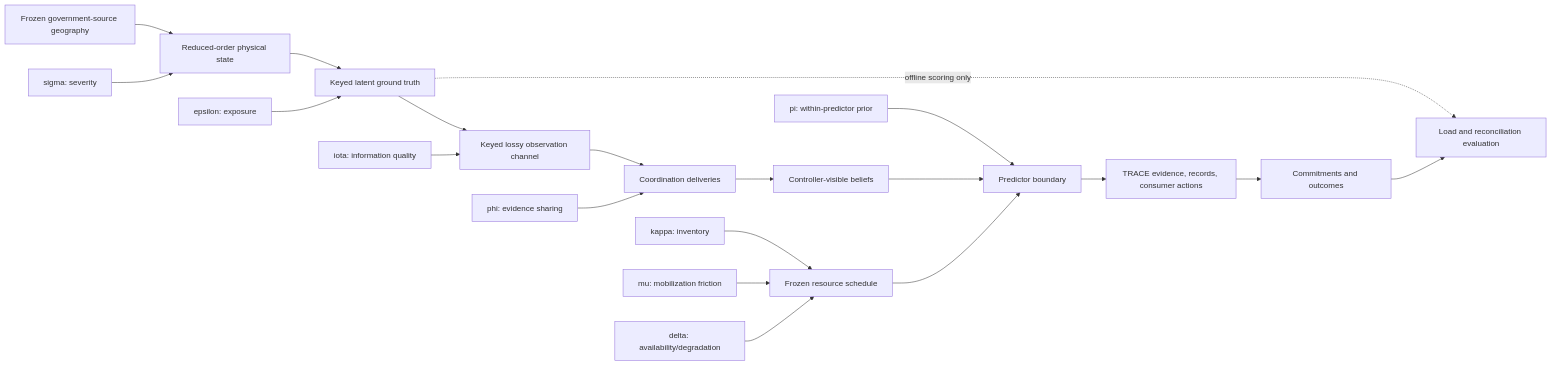
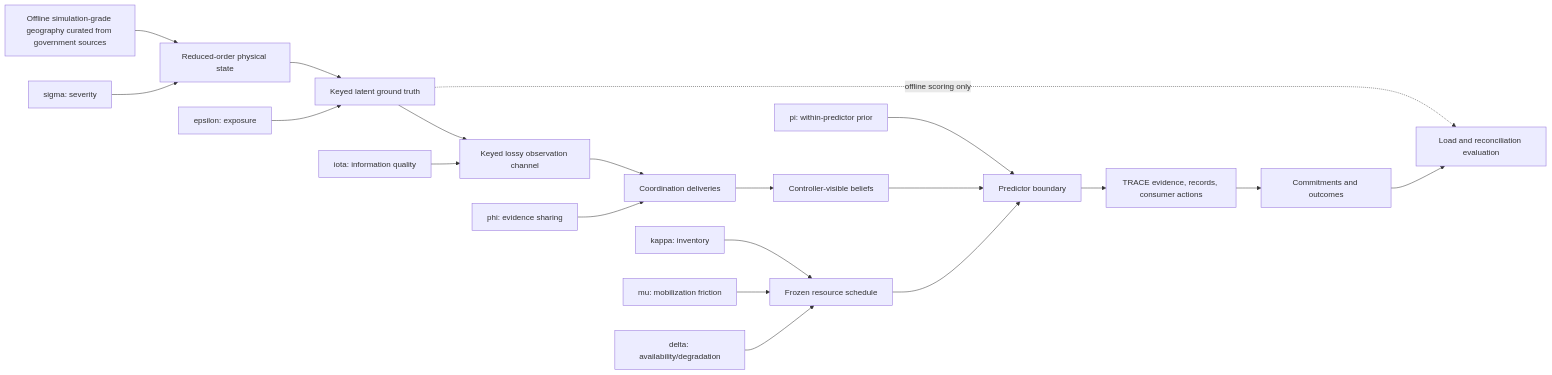
One commit to eyuchang/trace-worldmodel-flood-sar changed the diagram in docs/delta/WF_DFLD_01_SMALL.md. Above: the diagram before and after it, drawn with Mermaid. The commit also changed other lines of this file and 6 other files, not shown here.

````diff
--- a/docs/delta/WF_DFLD_01_SMALL.md
+++ b/docs/delta/WF_DFLD_01_SMALL.md
@@ -47,22 +48,22 @@
 ```mermaid
 flowchart LR
-    G["Frozen government-source geography"] --> P["Reduced-order physical state"]
+    G["Offline simulation-grade geography curated from government sources"] --> P["Reduced-order physical state"]
     S["sigma: severity"] --> P
     P --> T["Keyed latent ground truth"]
     E["epsilon: exposure"] --> T
     T --> O["Keyed lossy observation channel"]
     I["iota: information quality"] --> O
     O --> CO["Coordination deliveries"]
     F["phi: evidence sharing"] --> CO
     CO --> B["Controller-visible beliefs"]
     K["kappa: inventory"] --> R["Frozen resource schedule"]
     M["mu: mobilization friction"] --> R
     D["delta: availability/degradation"] --> R
     PI["pi: within-predictor prior"] --> W["Predictor boundary"]
     B --> W
     R --> W
     W --> TR["TRACE evidence, records, consumer actions"]
     TR --> C["Commitments and outcomes"]
     T -. "offline scoring only" .-> Q["Load and reconciliation evaluation"]
     C --> Q
 ```
````
